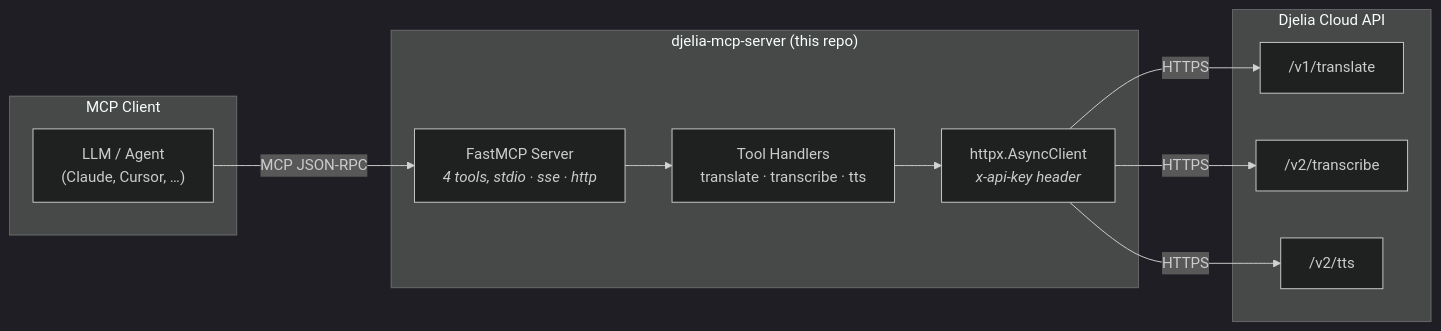
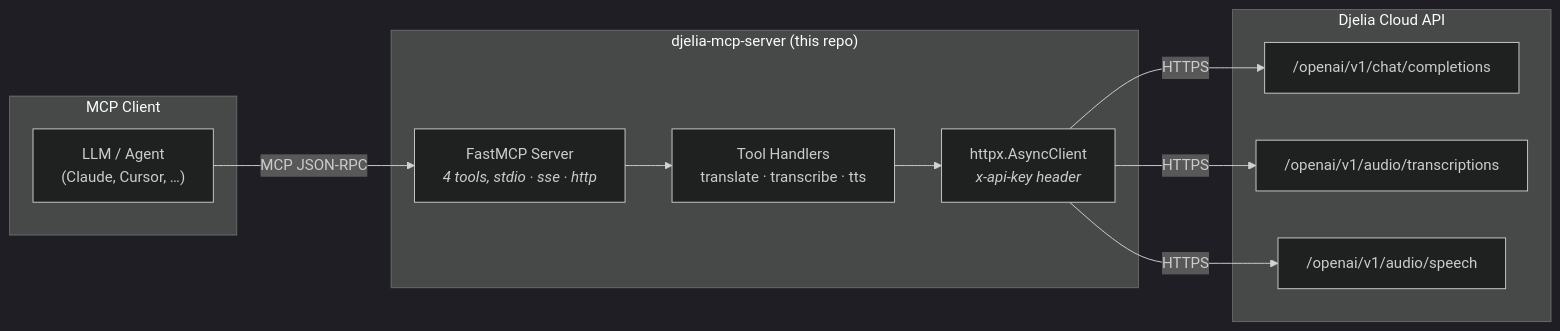
The first of 6 diagrams in README.md (djelia-org/djelia-mcp-server), drawn with Mermaid (dark theme) before and after one commit. The commit also changed other lines of this file and 4 other files, not shown here.

````diff
--- a/README.md
+++ b/README.md
@@ -34,24 +34,24 @@
 ```mermaid
 flowchart LR
     subgraph Client["MCP Client"]
         LLM["LLM / Agent<br/>(Claude, Cursor, …)"]
     end
 
     subgraph Server["djelia-mcp-server (this repo)"]
         MCP["FastMCP Server<br/><i>4 tools, stdio · sse · http</i>"]
         HANDLERS["Tool Handlers<br/>translate · transcribe · tts"]
         HTTP["httpx.AsyncClient<br/><i>x-api-key header</i>"]
         MCP --> HANDLERS --> HTTP
     end
 
     subgraph Djelia["Djelia Cloud API"]
-        T1["/v1/translate"]
-        T2["/v2/transcribe"]
-        T3["/v2/tts"]
+        T1["/openai/v1/chat/completions"]
+        T2["/openai/v1/audio/transcriptions"]
+        T3["/openai/v1/audio/speech"]
     end
 
     LLM -- "MCP JSON-RPC" --> MCP
     HTTP -- "HTTPS" --> T1
     HTTP -- "HTTPS" --> T2
     HTTP -- "HTTPS" --> T3
 ```
````
